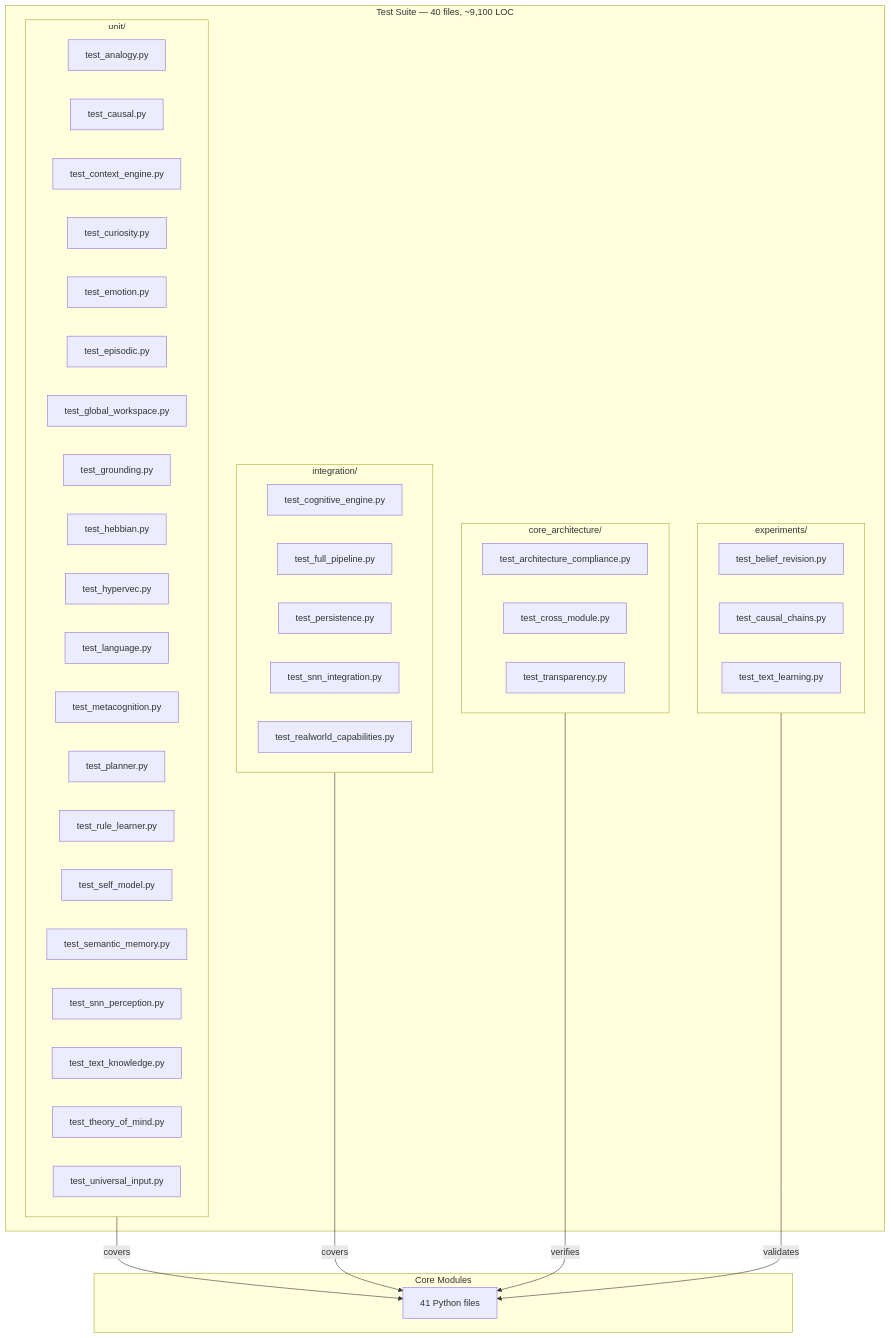
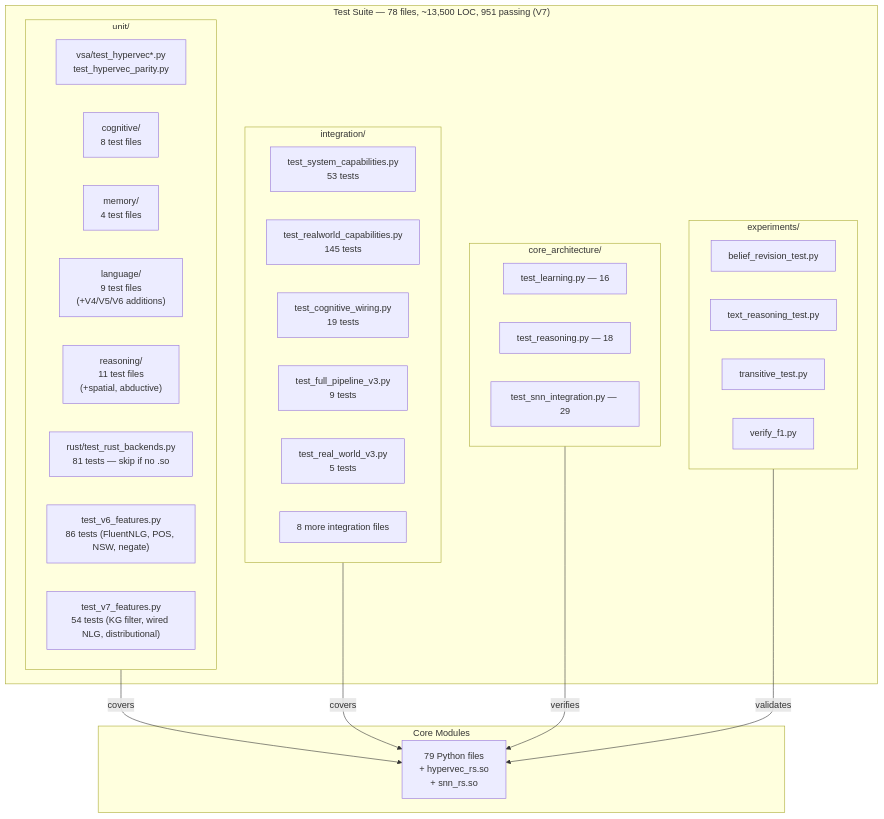
One commit to shiva2321/Neuro-Symbolic-Cognitive-Kernel changed the sixth of 6 diagrams in nsck/docs/REPOMAP.md. Above: the diagram before and after it, drawn with Mermaid. The commit also changed other lines of this file and 7 other files, not shown here.

Commit message:
Docs V7: update all docs to reflect actual V4-V7 implementations — modules, formulas, test counts, benchmarks, diagrams

````diff
--- a/nsck/docs/REPOMAP.md
+++ b/nsck/docs/REPOMAP.md
@@ -354,56 +389,46 @@
 ```mermaid
 graph TD
-    subgraph TestSuite["Test Suite — 40 files, ~9,100 LOC"]
+    subgraph TestSuite["Test Suite — 78 files, ~13,500 LOC, 951 passing (V7)"]
         subgraph Unit["unit/"]
-            TU1["test_analogy.py"]
-            TU2["test_causal.py"]
-            TU3["test_context_engine.py"]
-            TU4["test_curiosity.py"]
-            TU5["test_emotion.py"]
-            TU6["test_episodic.py"]
-            TU7["test_global_workspace.py"]
-            TU8["test_grounding.py"]
-            TU9["test_hebbian.py"]
-            TU10["test_hypervec.py"]
-            TU11["test_language.py"]
-            TU12["test_metacognition.py"]
-            TU13["test_planner.py"]
-            TU14["test_rule_learner.py"]
-            TU15["test_self_model.py"]
-            TU16["test_semantic_memory.py"]
-            TU17["test_snn_perception.py"]
-            TU18["test_text_knowledge.py"]
-            TU19["test_theory_of_mind.py"]
-            TU20["test_universal_input.py"]
+            TU_vsa["vsa/test_hypervec*.py<br/>test_hypervec_parity.py"]
+            TU_cog["cognitive/<br/>8 test files"]
+            TU_mem["memory/<br/>4 test files"]
+            TU_lang["language/<br/>9 test files<br/>(+V4/V5/V6 additions)"]
+            TU_reason["reasoning/<br/>11 test files<br/>(+spatial, abductive)"]
+            TU_rust["rust/test_rust_backends.py<br/>81 tests — skip if no .so"]
+            TU_v6["test_v6_features.py<br/>86 tests (FluentNLG, POS, NSW, negate)"]
+            TU_v7["test_v7_features.py<br/>54 tests (KG filter, wired NLG, distributional)"]
         end
 
         subgraph Integration["integration/"]
-            TI1["test_cognitive_engine.py"]
-            TI2["test_full_pipeline.py"]
-            TI3["test_persistence.py"]
-            TI4["test_snn_integration.py"]
-            TI5["test_realworld_capabilities.py"]
+            TI1["test_system_capabilities.py<br/>53 tests"]
+            TI2["test_realworld_capabilities.py<br/>145 tests"]
+            TI3["test_cognitive_wiring.py<br/>19 tests"]
+            TI4["test_full_pipeline_v3.py<br/>9 tests"]
+            TI5["test_real_world_v3.py<br/>5 tests"]
+            TIX["8 more integration files"]
         end
 
         subgraph CoreArch["core_architecture/"]
-            TC1["test_architecture_compliance.py"]
-            TC2["test_cross_module.py"]
-            TC3["test_transparency.py"]
+            TC1["test_learning.py — 16"]
+            TC2["test_reasoning.py — 18"]
+            TC3["test_snn_integration.py — 29"]
         end
 
         subgraph Experiments["experiments/"]
-            TE1["test_belief_revision.py"]
-            TE2["test_causal_chains.py"]
-            TE3["test_text_learning.py"]
+            TE1["belief_revision_test.py"]
+            TE2["text_reasoning_test.py"]
+            TE3["transitive_test.py"]
+            TE4["verify_f1.py"]
         end
     end
 
     subgraph Modules["Core Modules"]
-        M1["41 Python files"]
+        M1["79 Python files<br/>+ hypervec_rs.so<br/>+ snn_rs.so"]
     end
 
     Unit -->|"covers"| M1
     Integration -->|"covers"| M1
     CoreArch -->|"verifies"| M1
     Experiments -->|"validates"| M1
 ```
````
